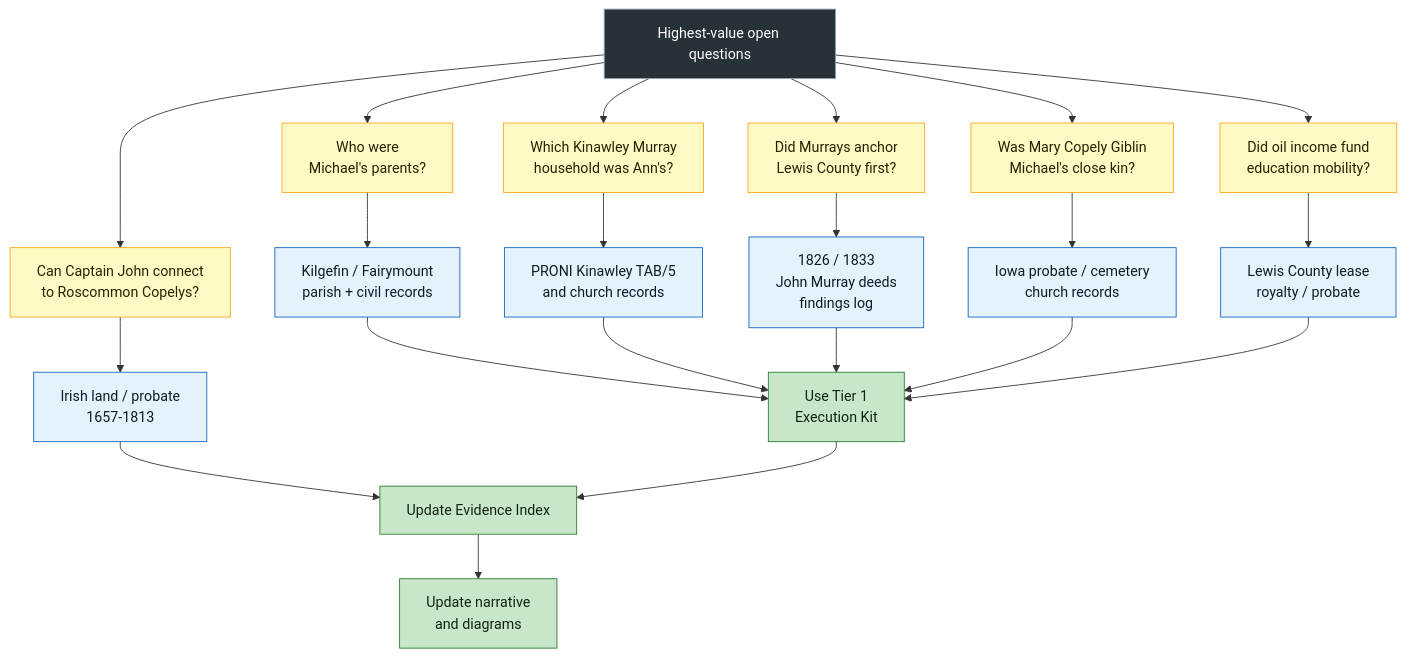
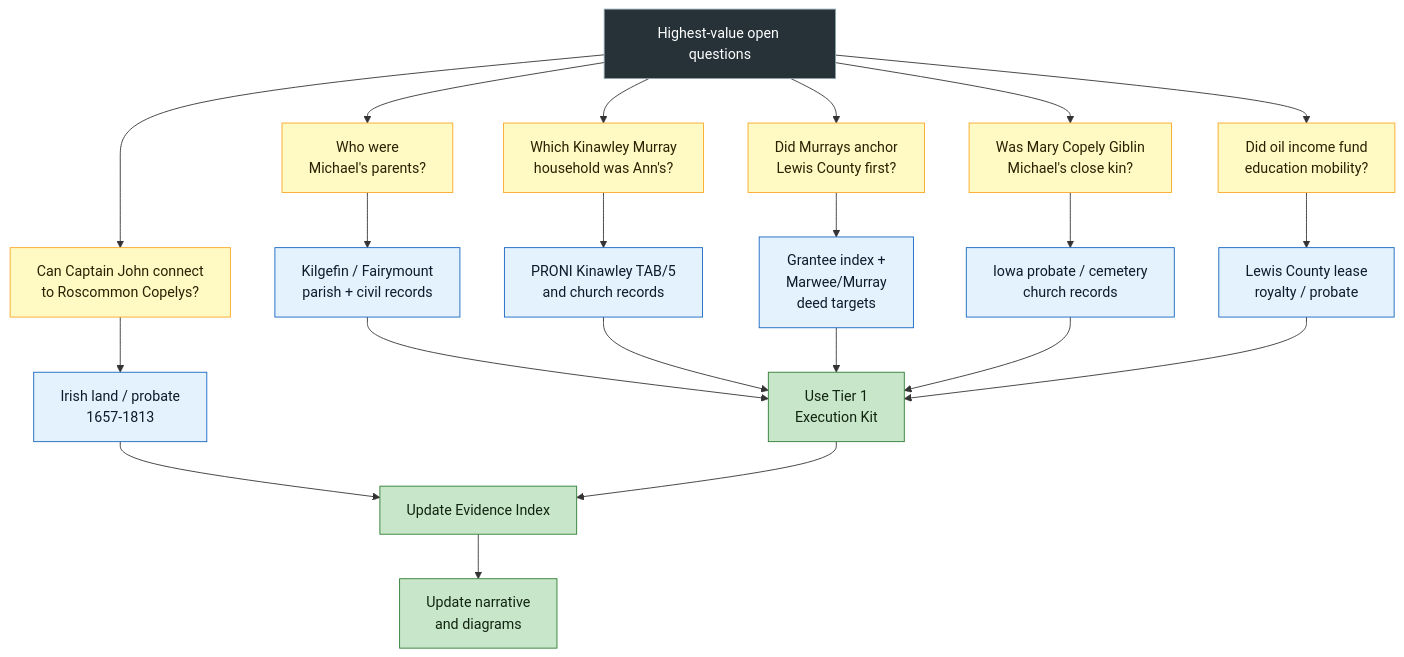
The fourth of 4 diagrams in Visual Story Atlas.md (zcopley/copley-family-research), drawn with Mermaid before and after one commit. The commit also changed 39 other files, not shown here.

````diff
--- a/Visual Story Atlas.md
+++ b/Visual Story Atlas.md
@@ -165,32 +165,32 @@
 ```mermaid
 flowchart TB
     START["Highest-value open questions"]:::root
     
     START --> Q1["Who were<br/>Michael's parents?"]:::quest
     START --> Q2["Which Kinawley Murray<br/>household was Ann's?"]:::quest
     START --> Q3["Did Murrays anchor<br/>Lewis County first?"]:::quest
     START --> Q4["Was Mary Copely Giblin<br/>Michael's close kin?"]:::quest
     START --> Q5["Did oil income fund<br/>education mobility?"]:::quest
     START --> Q6["Can Captain John connect<br/>to Roscommon Copelys?"]:::quest
     
     Q1 --> A1["Kilgefin / Fairymount<br/>parish + civil records"]:::source
     Q2 --> A2["PRONI Kinawley TAB/5<br/>and church records"]:::source
-    Q3 --> A3["1826 / 1833<br/>John Murray deeds<br/>findings log"]:::source
+    Q3 --> A3["Grantee index +<br/>Marwee/Murray<br/>deed targets"]:::source
     Q4 --> A4["Iowa probate / cemetery<br/>church records"]:::source
     Q5 --> A5["Lewis County lease<br/>royalty / probate"]:::source
     Q6 --> A6["Irish land / probate<br/>1657-1813"]:::source
     
     A1 --> KIT["Use Tier 1<br/>Execution Kit"]:::action
     A2 --> KIT
     A3 --> KIT
     A4 --> KIT
     A5 --> KIT
     A6 --> EVID["Update Evidence Index"]:::action
     KIT --> EVID
     EVID --> NARR["Update narrative<br/>and diagrams"]:::action
     
     classDef root fill:#263238,stroke:#90a4ae,color:#ffffff
     classDef quest fill:#fff9c4,stroke:#f9a825,color:#2a2100
     classDef source fill:#e3f2fd,stroke:#1565c0,color:#0d1b2a
     classDef action fill:#c8e6c9,stroke:#2e7d32,color:#102411
 ```
````
